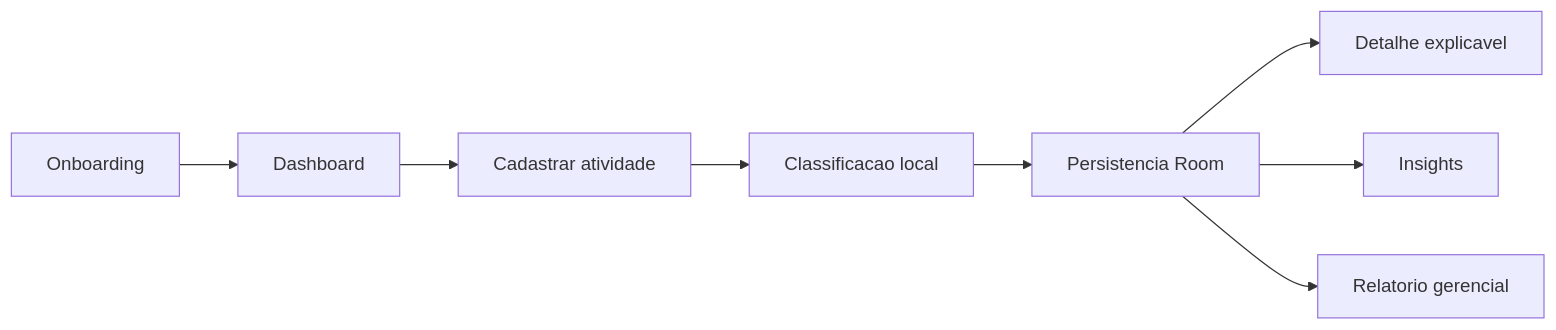
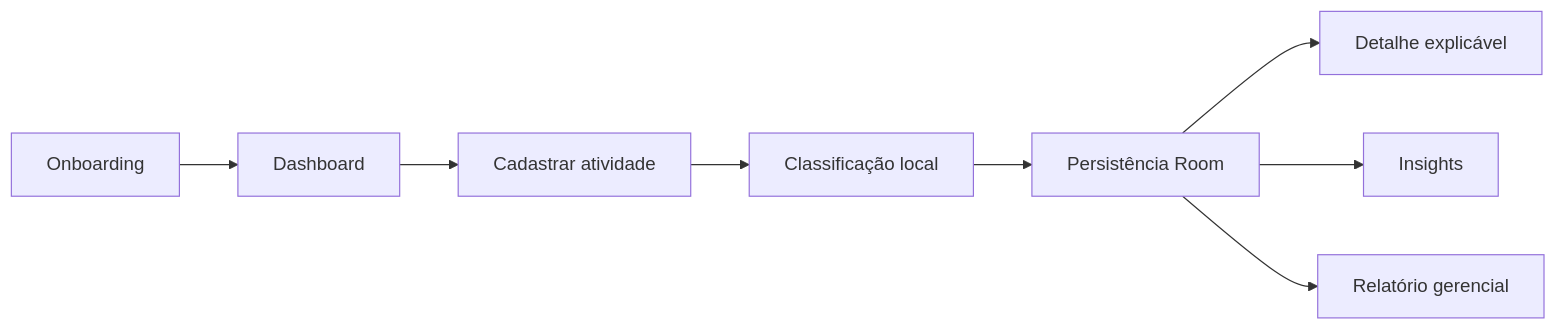
One commit to davidijesus/dev-lens changed the second of 5 diagrams in README.md. Above: the diagram before and after it, drawn with Mermaid. The commit also changed other lines of this file, not shown here.

````diff
--- a/README.md
+++ b/README.md
@@ -92,10 +92,10 @@
 ```mermaid
 flowchart LR
     A[Onboarding] --> B[Dashboard]
     B --> C[Cadastrar atividade]
-    C --> D[Classificacao local]
-    D --> E[Persistencia Room]
-    E --> F[Detalhe explicavel]
+    C --> D[Classificação local]
+    D --> E[Persistência Room]
+    E --> F[Detalhe explicável]
     E --> G[Insights]
-    E --> H[Relatorio gerencial]
+    E --> H[Relatório gerencial]
 ```
````
